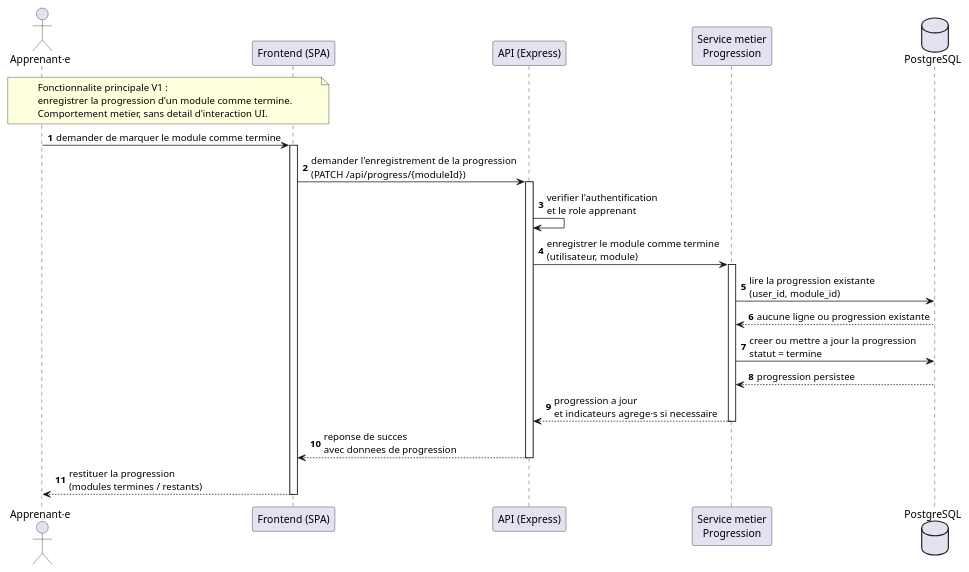
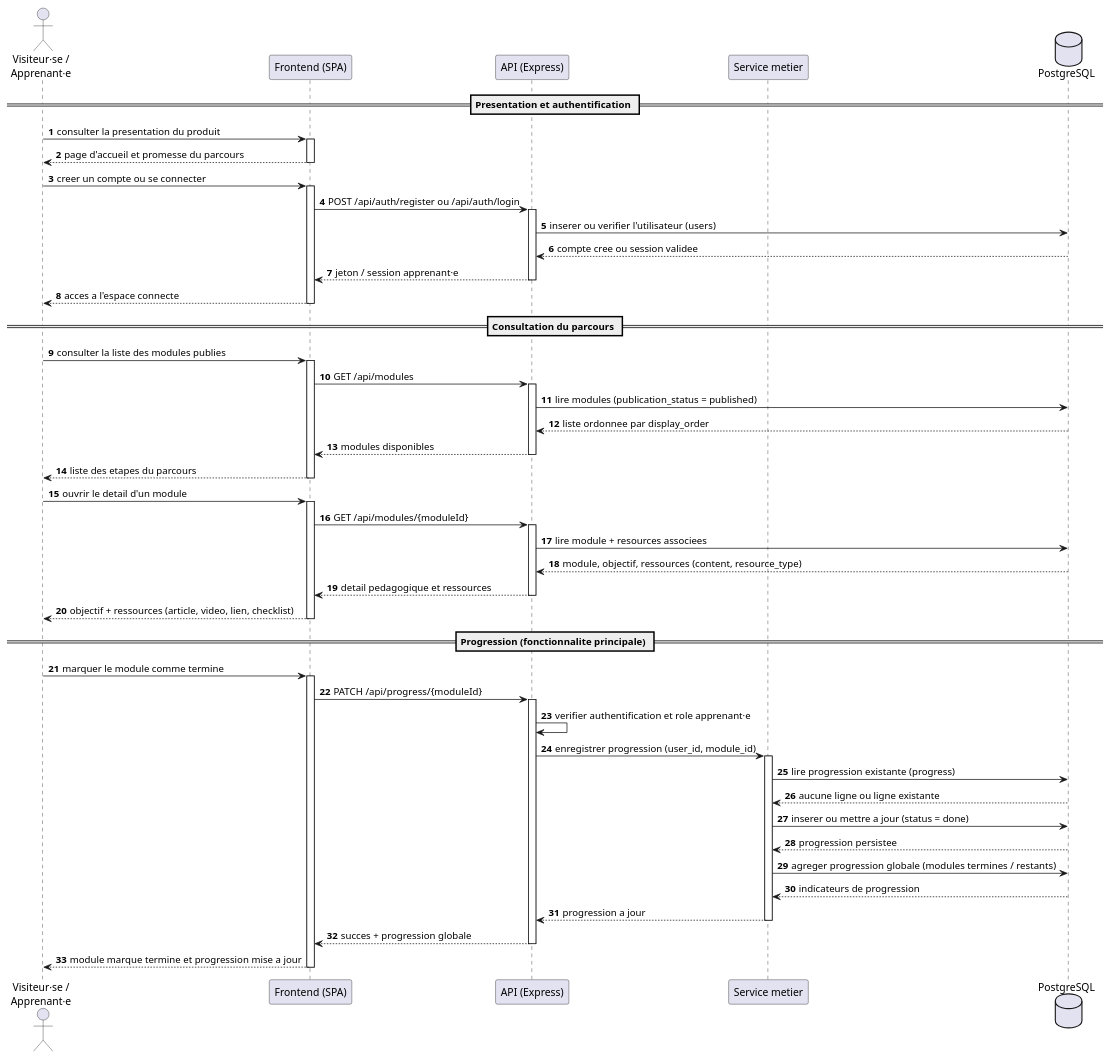
The diagram in docs/diagrams/sequence-main-flow.puml (Khadija-diop/Projet-chef-d-uvre-MicroSaaS), drawn with PlantUML before and after one commit. The commit also changed 21 other files, not shown here.

Commit message:
docs: add data model diagrams

```diff
--- a/docs/diagrams/sequence-main-flow.puml
+++ b/docs/diagrams/sequence-main-flow.puml
@@ -1,43 +1,75 @@
 @startuml
 skinparam shadowing false
 autonumber
 
-actor "Apprenant·e" as Learner
+actor "Visiteur·se /\nApprenant·e" as Actor
 participant "Frontend (SPA)" as Frontend
 participant "API (Express)" as API
-participant "Service metier\nProgression" as Service
+participant "Service metier" as Service
 database "PostgreSQL" as DB
 
-note over Learner, Frontend
-  Fonctionnalite principale V1 :
-  enregistrer la progression d'un module comme termine.
-  Comportement metier, sans detail d'interaction UI.
-end note
+== Presentation et authentification ==
 
-Learner -> Frontend : demander de marquer le module comme termine
+Actor -> Frontend : consulter la presentation du produit
 activate Frontend
+Frontend --> Actor : page d'accueil et promesse du parcours
+deactivate Frontend
 
-Frontend -> API : demander l'enregistrement de la progression\n(PATCH /api/progress/{moduleId})
+Actor -> Frontend : creer un compte ou se connecter
+activate Frontend
+Frontend -> API : POST /api/auth/register ou /api/auth/login
 activate API
+API -> DB : inserer ou verifier l'utilisateur (users)
+DB --> API : compte cree ou session validee
+API --> Frontend : jeton / session apprenant·e
+deactivate API
+Frontend --> Actor : acces a l'espace connecte
+deactivate Frontend
 
-API -> API : verifier l'authentification\net le role apprenant
+== Consultation du parcours ==
 
-API -> Service : enregistrer le module comme termine\n(utilisateur, module)
+Actor -> Frontend : consulter la liste des modules publies
+activate Frontend
+Frontend -> API : GET /api/modules
+activate API
+API -> DB : lire modules (publication_status = published)
+DB --> API : liste ordonnee par display_order
+API --> Frontend : modules disponibles
+deactivate API
+Frontend --> Actor : liste des etapes du parcours
+deactivate Frontend
+
+Actor -> Frontend : ouvrir le detail d'un module
+activate Frontend
+Frontend -> API : GET /api/modules/{moduleId}
+activate API
+API -> DB : lire module + resources associees
+DB --> API : module, objectif, ressources (content, resource_type)
+API --> Frontend : detail pedagogique et ressources
+deactivate API
+Frontend --> Actor : objectif + ressources (article, video, lien, checklist)
+deactivate Frontend
+
+== Progression (fonctionnalite principale) ==
+
+Actor -> Frontend : marquer le module comme termine
+activate Frontend
+Frontend -> API : PATCH /api/progress/{moduleId}
+activate API
+API -> API : verifier authentification et role apprenant·e
+API -> Service : enregistrer progression (user_id, module_id)
 activate Service
-
-Service -> DB : lire la progression existante\n(user_id, module_id)
-DB --> Service : aucune ligne ou progression existante
-
-Service -> DB : creer ou mettre a jour la progression\nstatut = termine
+Service -> DB : lire progression existante (progress)
+DB --> Service : aucune ligne ou ligne existante
+Service -> DB : inserer ou mettre a jour (status = done)
 DB --> Service : progression persistee
-
-Service --> API : progression a jour\net indicateurs agrege·s si necessaire
+Service -> DB : agreger progression globale (modules termines / restants)
+DB --> Service : indicateurs de progression
+Service --> API : progression a jour
 deactivate Service
-
-API --> Frontend : reponse de succes\navec donnees de progression
+API --> Frontend : succes + progression globale
 deactivate API
-
-Frontend --> Learner : restituer la progression\n(modules termines / restants)
+Frontend --> Actor : module marque termine et progression mise a jour
 deactivate Frontend
 
 @enduml
```
